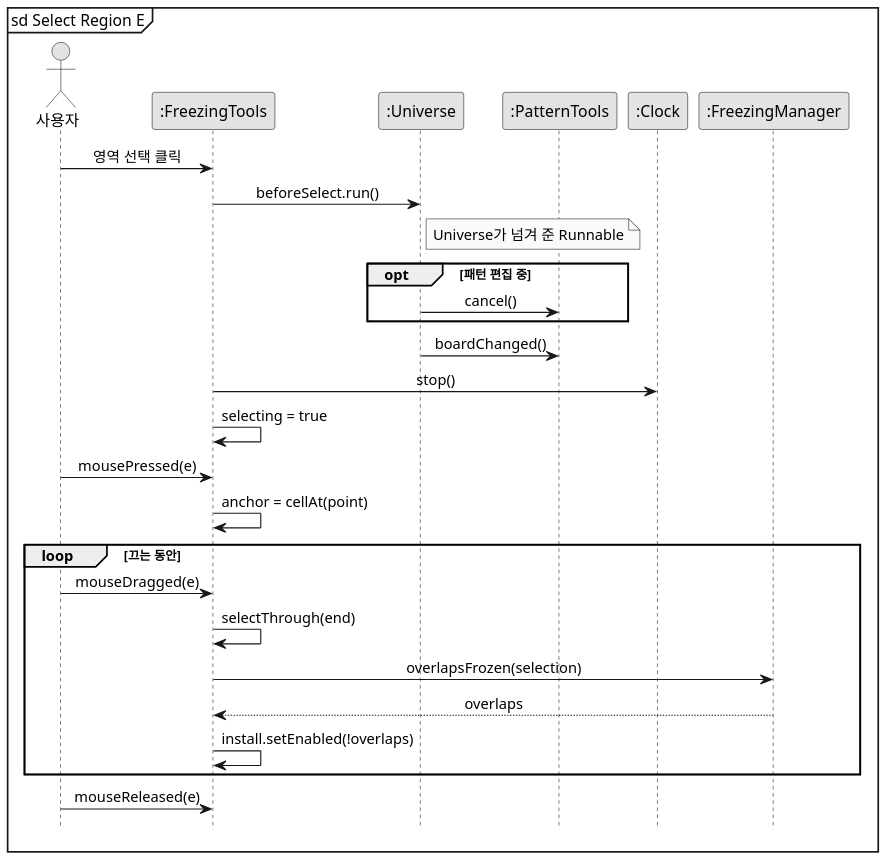
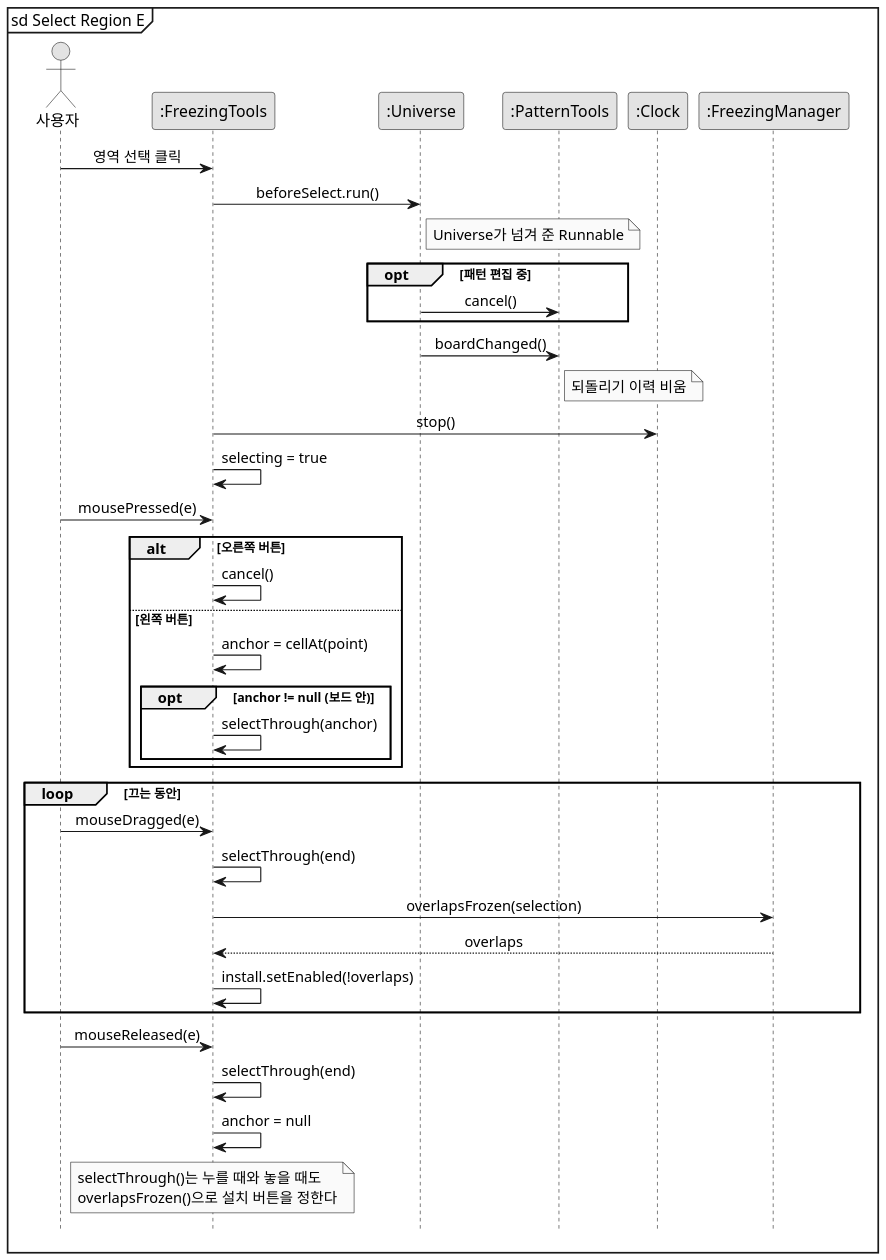
One commit to mckimR1972/DP_team_project changed the diagram in docs/freezing/diagram/sd-select-region.puml. Above: the diagram before and after it, drawn with PlantUML. The commit also changed 12 other files, not shown here.

First line of the commit message:
docs: Freezing 다이어그램을 코드와 문서에 맞게 고침

```diff
--- a/docs/freezing/diagram/sd-select-region.puml
+++ b/docs/freezing/diagram/sd-select-region.puml
@@ -1,39 +1,50 @@
 @startuml sd-select-region
 skinparam monochrome true
 skinparam dpi 150
 skinparam shadowing false
 skinparam defaultFontName "Malgun Gothic"
 skinparam sequenceMessageAlign center
 hide footbox
 mainframe sd Select Region E
 
 actor "사용자" as User
 participant ":FreezingTools" as T
 participant ":Universe" as U
 participant ":PatternTools" as P
 participant ":Clock" as C
 participant ":FreezingManager" as M
 
 User -> T : 영역 선택 클릭
 T -> U : beforeSelect.run()
 note right of U : Universe가 넘겨 준 Runnable
 opt 패턴 편집 중
   U -> P : cancel()
 end
 U -> P : boardChanged()
+note right of P : 되돌리기 이력 비움
 T -> C : stop()
 T -> T : selecting = true
 
 User -> T : mousePressed(e)
-T -> T : anchor = cellAt(point)
+alt 오른쪽 버튼
+  T -> T : cancel()
+else 왼쪽 버튼
+  T -> T : anchor = cellAt(point)
+  opt anchor != null (보드 안)
+    T -> T : selectThrough(anchor)
+  end
+end
 
 loop 끄는 동안
   User -> T : mouseDragged(e)
   T -> T : selectThrough(end)
   T -> M : overlapsFrozen(selection)
   M --> T : overlaps
   T -> T : install.setEnabled(!overlaps)
 end
 
 User -> T : mouseReleased(e)
+T -> T : selectThrough(end)
+T -> T : anchor = null
+note over T : selectThrough()는 누를 때와 놓을 때도\noverlapsFrozen()으로 설치 버튼을 정한다
 @enduml
```
